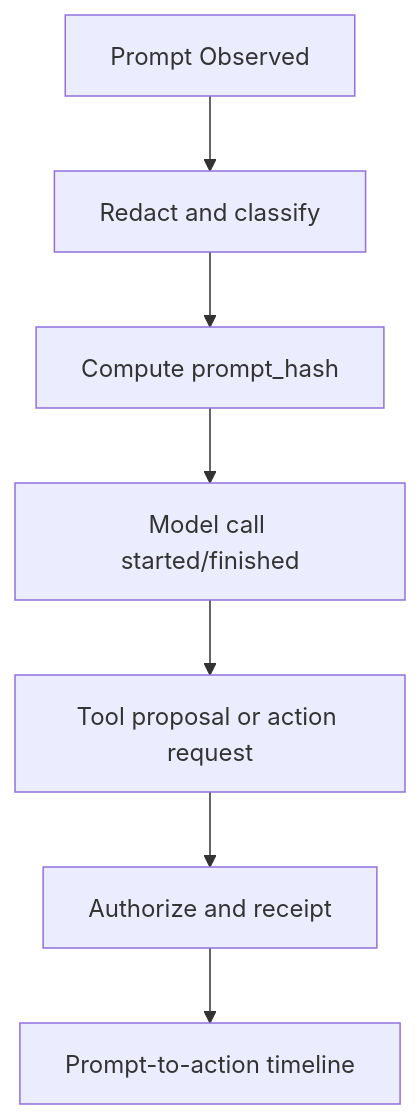
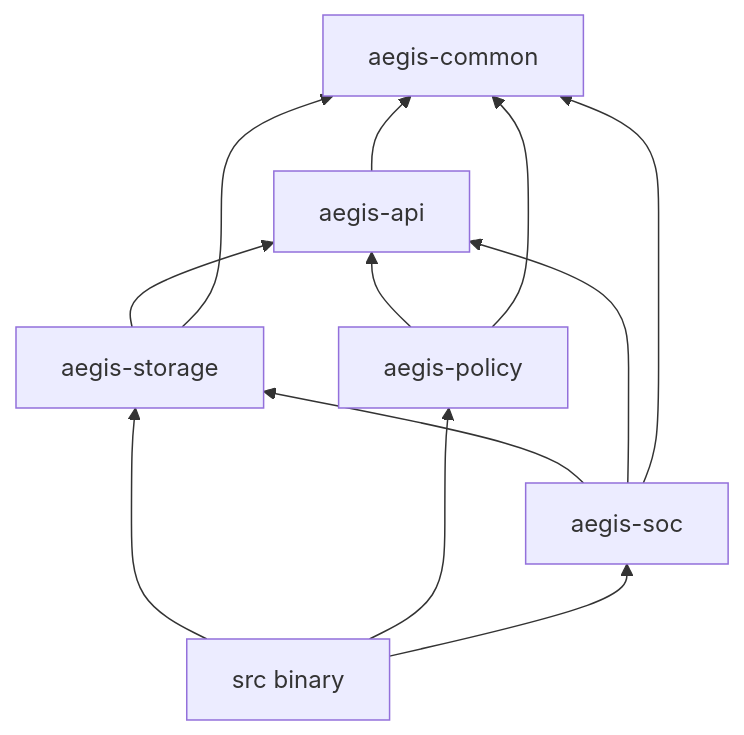
The second of 7 diagrams in docs/AegisAgent_World_Class_HLD.md (lavkushry/AegisAgent), drawn with Mermaid before and after one commit. The commit also changed other lines of this file and 18 other files, not shown here.

First line of the commit message:
Enhance documentation and architecture clarity

````diff
--- a/docs/AegisAgent_World_Class_HLD.md
+++ b/docs/AegisAgent_World_Class_HLD.md
@@ -386,9 +178,20 @@
 ```mermaid
-flowchart TD
-    Prompt[Prompt Observed] --> Redact[Redact and classify]
-    Redact --> Hash[Compute prompt_hash]
-    Hash --> ModelCall[Model call started/finished]
-    ModelCall --> ToolProposal[Tool proposal or action request]
-    ToolProposal --> Authorize[Authorize and receipt]
-    Authorize --> Timeline[Prompt-to-action timeline]
+flowchart BT
+    Common[aegis-common]
+    API[aegis-api]
+    Storage[aegis-storage]
+    Policy[aegis-policy]
+    SOC[aegis-soc]
+    Binary[src binary]
+    API --> Common
+    Storage --> API
+    Storage --> Common
+    Policy --> API
+    Policy --> Common
+    SOC --> Storage
+    SOC --> API
+    SOC --> Common
+    Binary --> Storage
+    Binary --> Policy
+    Binary --> SOC
 ```
````
